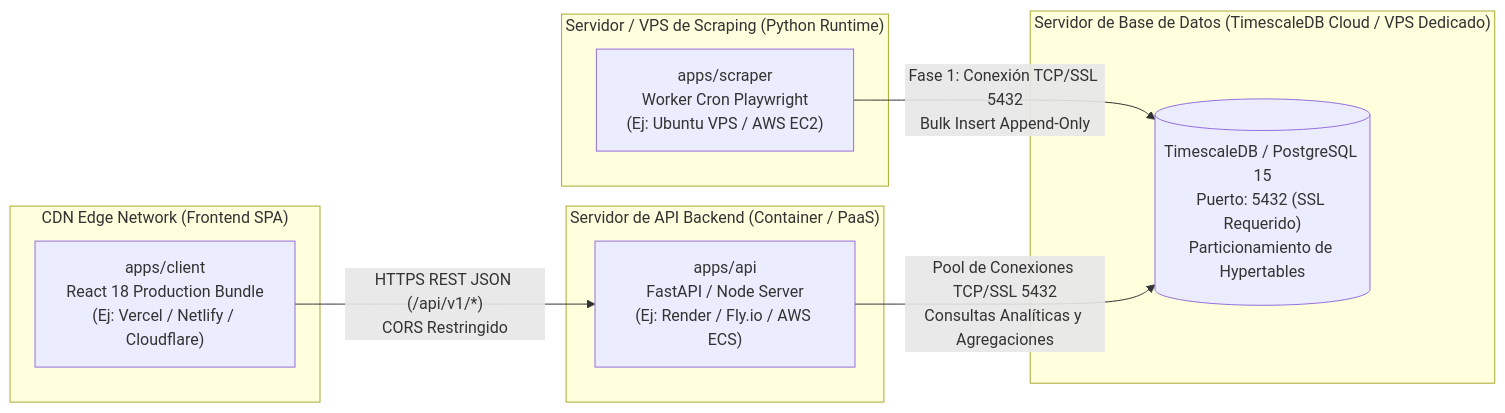
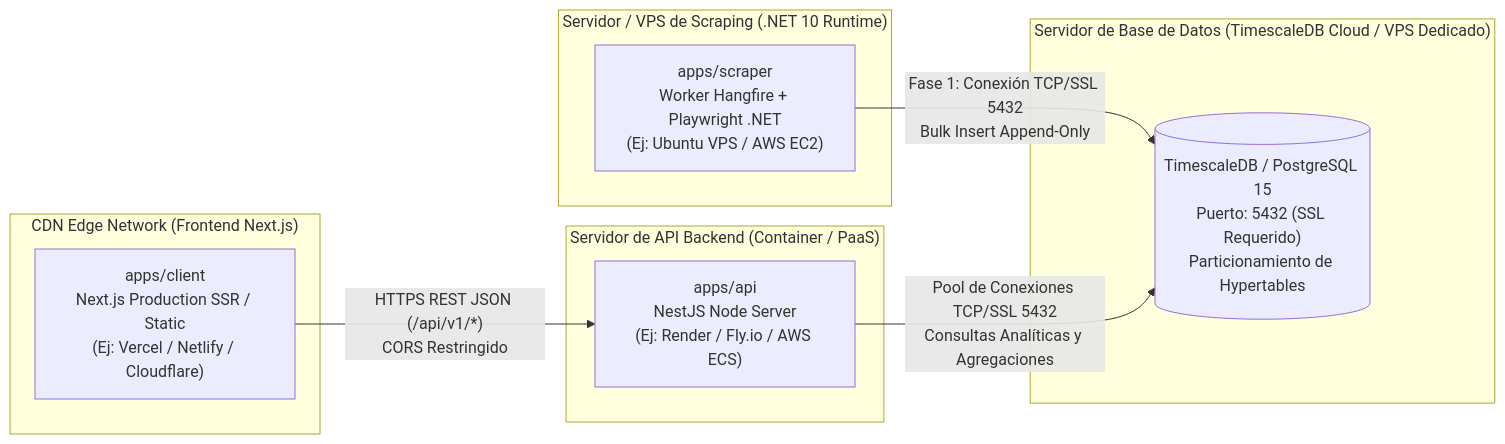
Before and after one commit to Alejoho/S10-26-E2-PriceScope_Practice: the third of 3 diagrams in docs/01-analisis/05-Software-Architecture-Pipeline.md, drawn with Mermaid. The commit also changed other lines of this file and 2 other files, not shown here.

Commit message:
feat: update architecture documentation to reflect changes in technology stack and implementation details for scrapers, API, and frontend

````diff
--- a/docs/01-analisis/05-Software-Architecture-Pipeline.md
+++ b/docs/01-analisis/05-Software-Architecture-Pipeline.md
@@ -293,22 +293,22 @@
 ```mermaid
 flowchart LR
-    subgraph SrvScraper ["Servidor / VPS de Scraping (Python Runtime)"]
-        W_SCRAP["apps/scraper<br/>Worker Cron Playwright<br/>(Ej: Ubuntu VPS / AWS EC2)"]
+    subgraph SrvScraper ["Servidor / VPS de Scraping (.NET 10 Runtime)"]
+        W_SCRAP["apps/scraper<br/>Worker Hangfire + Playwright .NET<br/>(Ej: Ubuntu VPS / AWS EC2)"]
     end
 
     subgraph SrvDB ["Servidor de Base de Datos (TimescaleDB Cloud / VPS Dedicado)"]
         TDB[("TimescaleDB / PostgreSQL 15<br/>Puerto: 5432 (SSL Requerido)<br/>Particionamiento de Hypertables")]
     end
 
     subgraph SrvBackend ["Servidor de API Backend (Container / PaaS)"]
-        B_API["apps/api<br/>FastAPI / Node Server<br/>(Ej: Render / Fly.io / AWS ECS)"]
+        B_API["apps/api<br/>NestJS Node Server<br/>(Ej: Render / Fly.io / AWS ECS)"]
     end
 
-    subgraph SrvFrontend ["CDN Edge Network (Frontend SPA)"]
-        F_SPA["apps/client<br/>React 18 Production Bundle<br/>(Ej: Vercel / Netlify / Cloudflare)"]
+    subgraph SrvFrontend ["CDN Edge Network (Frontend Next.js)"]
+        F_SPA["apps/client<br/>Next.js Production SSR / Static<br/>(Ej: Vercel / Netlify / Cloudflare)"]
     end
 
     W_SCRAP -->|"Fase 1: Conexión TCP/SSL 5432<br/>Bulk Insert Append-Only"| TDB
     B_API -->|"Pool de Conexiones TCP/SSL 5432<br/>Consultas Analíticas y Agregaciones"| TDB
     F_SPA -->|"HTTPS REST JSON (/api/v1/*)<br/>CORS Restringido"| B_API
 ```
````
